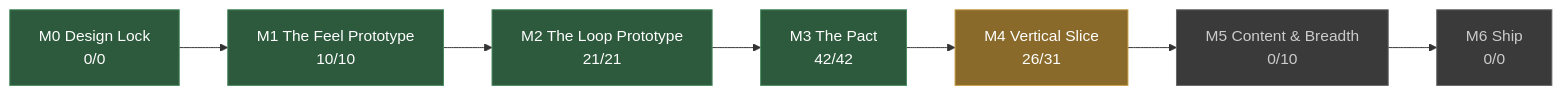
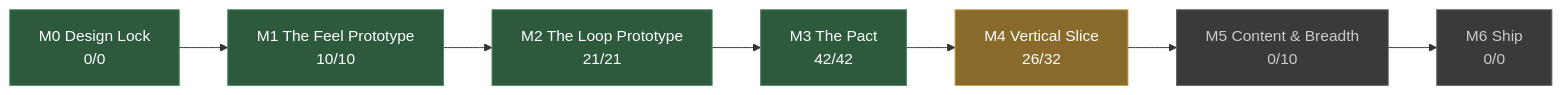
Before and after one commit to JoshuaGessner/she: the diagram in docs/STATUS.md, drawn with Mermaid. The commit also changed other lines of this file and 21 other files, not shown here.

````diff
--- a/docs/STATUS.md
+++ b/docs/STATUS.md
@@ -13,19 +13,19 @@
 ```mermaid
 flowchart LR
   M0["M0 Design Lock<br/>0/0"]:::passed
   M1["M1 The Feel Prototype<br/>10/10"]:::passed
   M0 --> M1
   M2["M2 The Loop Prototype<br/>21/21"]:::passed
   M1 --> M2
   M3["M3 The Pact<br/>42/42"]:::passed
   M2 --> M3
-  M4["M4 Vertical Slice<br/>26/31"]:::current
+  M4["M4 Vertical Slice<br/>26/32"]:::current
   M3 --> M4
   M5["M5 Content & Breadth<br/>0/10"]:::ahead
   M4 --> M5
   M6["M6 Ship<br/>0/0"]:::ahead
   M5 --> M6
   classDef passed fill:#2d5a3d,stroke:#4a8a5f,color:#fff
   classDef current fill:#8a6a2a,stroke:#c8a04a,color:#fff
   classDef ahead fill:#3a3a3a,stroke:#666,color:#ccc
 ```
````
